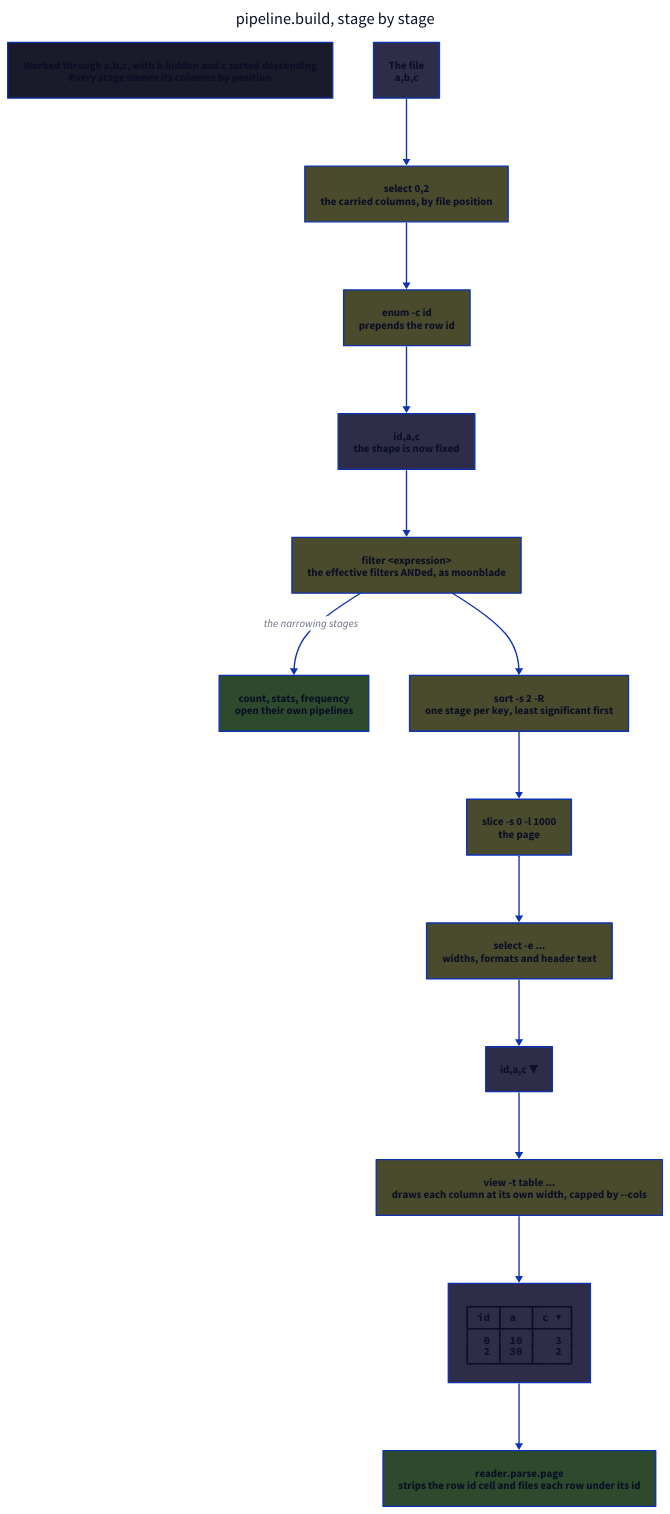
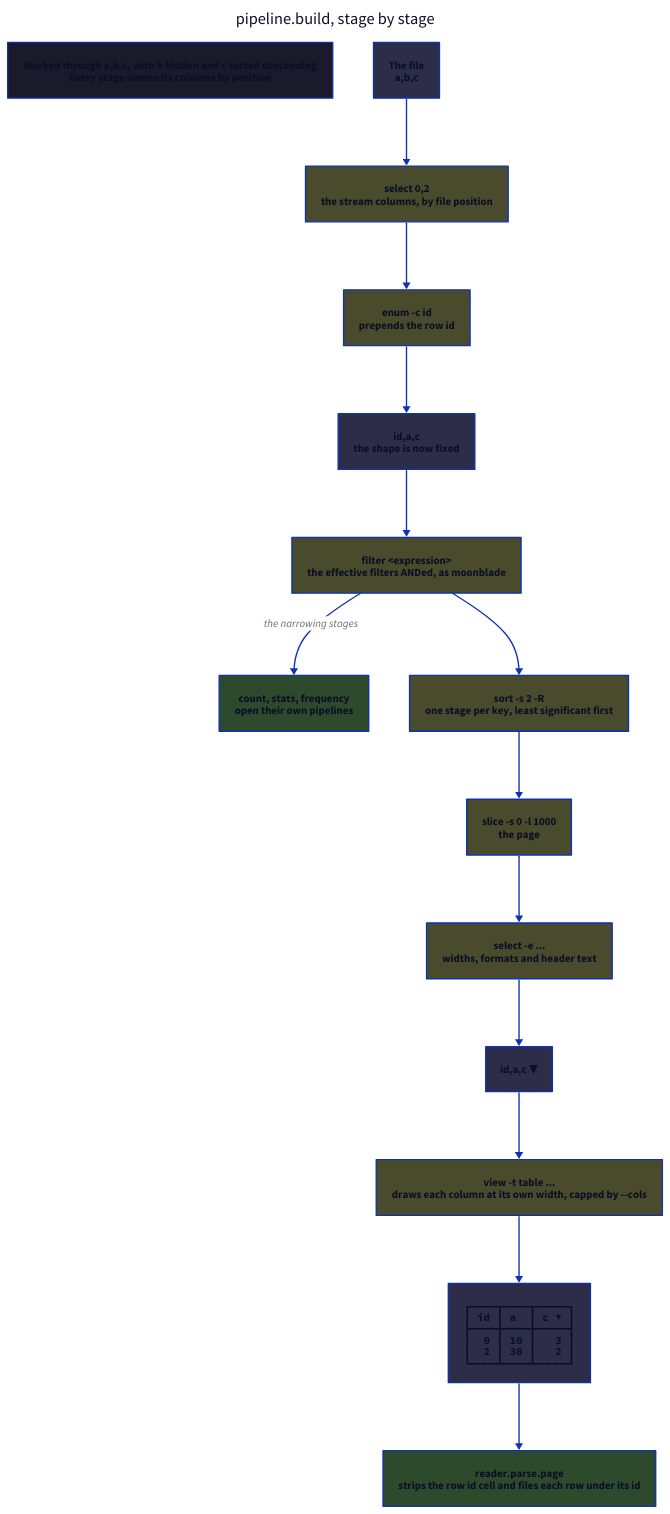
Before and after one commit to cseickel/csv-table.nvim: the diagram in docs/05-pipeline.d2, drawn with D2. The commit also changed 37 other files, not shown here.

```diff
--- a/docs/05-pipeline.d2
+++ b/docs/05-pipeline.d2
@@ -1,49 +1,49 @@
 direction: down
 
 title: pipeline.build, stage by stage {
   near: top-center
   shape: text
   style.font-size: 24
 }
 
 example: "Worked through a,b,c, with b hidden and c sorted descending\nEvery stage names its columns by position" {style.fill: "#1a1a2a"}
 
 classes: {
   stage: {style.fill: "#4a4a2d"}
   shape_after: {style.fill: "#2d2d4a"}
   post: {style.fill: "#2d4a2d"}
 }
 
 source: "The file\na,b,c" {class: shape_after}
-select: "select 0,2\nthe carried columns, by file position" {class: stage}
+select: "select 0,2\nthe stream columns, by file position" {class: stage}
 enum: "enum -c id\nprepends the row id" {class: stage}
 fixed: "id,a,c\nthe shape is now fixed" {class: shape_after}
 filter: "filter <expression>\nthe effective filters ANDed, as moonblade" {class: stage}
 narrowing: "count, stats, frequency\nopen their own pipelines" {class: post}
 sort: "sort -s 2 -R\none stage per key, least significant first" {class: stage}
 slice: "slice -s 0 -l 1000\nthe page" {class: stage}
 display: "select -e ...\nwidths, formats and header text" {class: stage}
 after_display: "id,a,c ▼" {class: shape_after}
 view: "view -t table ...\ndraws each column at its own width, capped by --cols" {class: stage}
 
 # Padded with U+00A0. d2 writes no xml:space, so SVG collapses a run of ordinary
 # spaces and the cells come out narrower than the borders above them.
 drawn: "┌────┬────┬─────┐\n│ id │ a  │ c ▼ │\n├────┼────┼─────┤\n│  0 │ 10 │   3 │\n│  2 │ 30 │   2 │\n└────┴────┴─────┘" {
   class: shape_after
   style.font: mono
 }
 
 parse: "reader.parse.page\nstrips the row id cell and files each row under its id" {class: post}
 
 source -> select
 select -> enum
 enum -> fixed
 fixed -> filter
 filter -> sort
 sort -> slice
 slice -> display
 display -> after_display
 after_display -> view
 view -> drawn
 drawn -> parse
 filter -> narrowing: the narrowing stages
```
